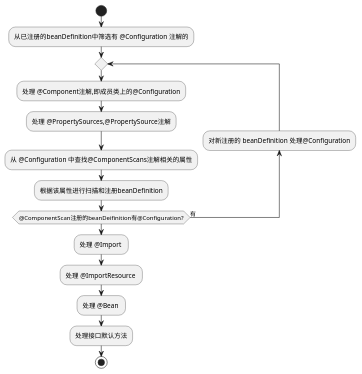
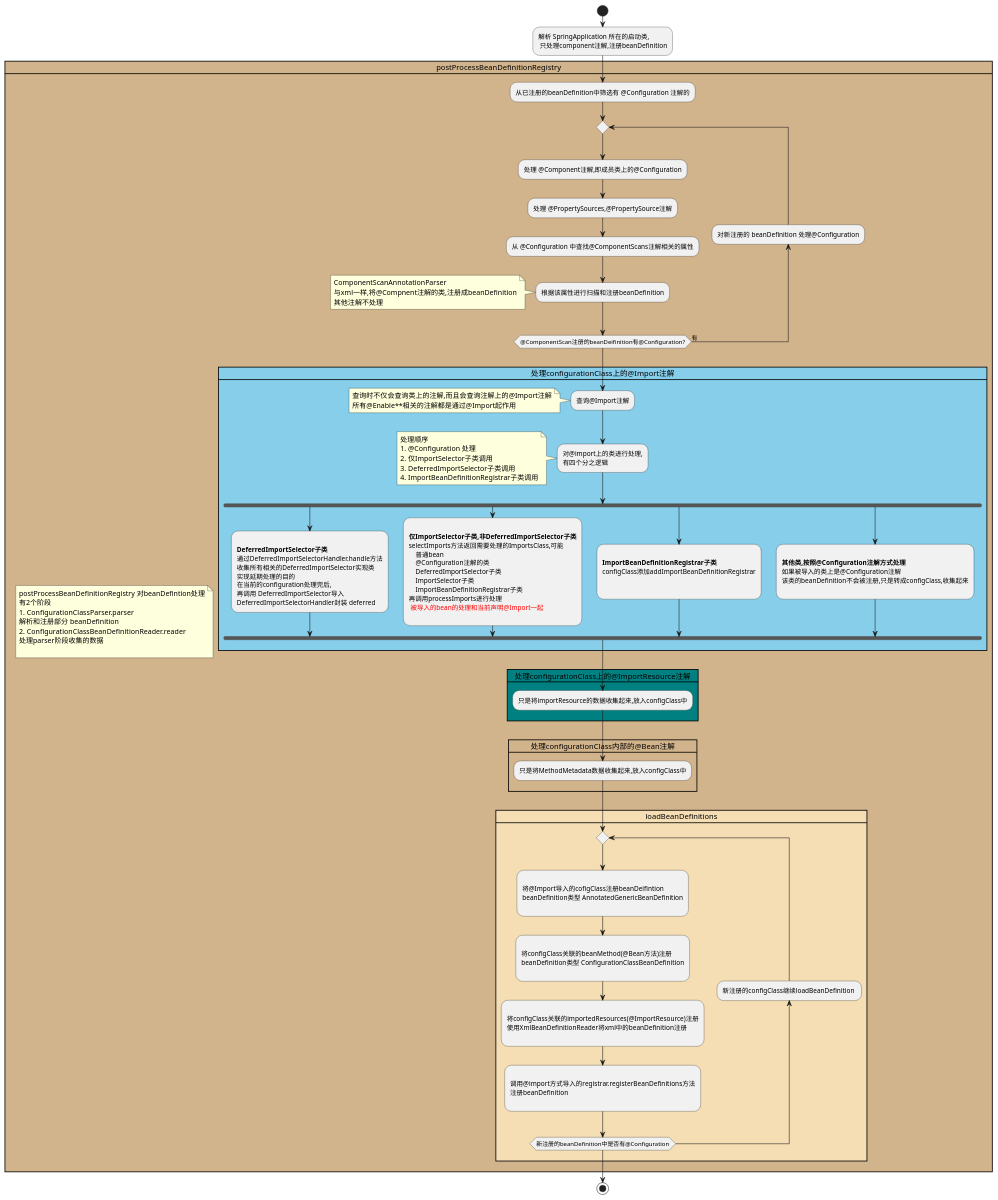
The diagram in uml/src/main/java/active/configuration_processor_activity.puml (FHJ2020/spring-uml), drawn with PlantUML before and after one commit. The commit also changed 4 other files, not shown here.

```diff
--- a/uml/src/main/java/active/configuration_processor_activity.puml
+++ b/uml/src/main/java/active/configuration_processor_activity.puml
@@ -1,22 +1,128 @@
 @startuml
 'https://plantuml.com/activity-diagram-beta
 
 start
-    :从已注册的beanDefinition中筛选有 @Configuration 注解的;
-repeat
-    :处理 @Component注解,即成员类上的@Configuration;
-    :处理 @PropertySources,@PropertySource注解;
-    :从 @Configuration 中查找@ComponentScans注解相关的属性;
-    :根据该属性进行扫描和注册beanDefinition;
-    backward:对新注册的 beanDefinition 处理@Configuration;
-repeat while (@ComponentScan注册的beanDeifinition有@Configuration?) is(有)
-    :处理 @Import ;
-    :处理 @ImportResource ;
-    :处理 @Bean ;
-    :处理接口默认方法;
+   :解析 SpringApplication 所在的启动类,
+    只处理component注解,注册beanDefinition;
+
+card postProcessBeanDefinitionRegistry #tan{
+    note
+    postProcessBeanDefinitionRegistry 对beanDefintion处理
+    有2个阶段
+    # ConfigurationClassParser.parser
+    解析和注册部分 beanDefinition
+    # ConfigurationClassBeanDefinitionReader.reader
+    处理parser阶段收集的数据
+
+    end note
+        :从已注册的beanDefinition中筛选有 @Configuration 注解的;
+    repeat
+        :处理 @Component注解,即成员类上的@Configuration;
+        :处理 @PropertySources,@PropertySource注解;
+        :从 @Configuration 中查找@ComponentScans注解相关的属性;
+        :根据该属性进行扫描和注册beanDefinition;
+        note
+        ComponentScanAnnotationParser
+        与xml一样,将@Compnent注解的类,注册成beanDefinition
+        其他注解不处理
+        end note
+
+        backward:对新注册的 beanDefinition 处理@Configuration;
+    repeat while (@ComponentScan注册的beanDeifinition有@Configuration?) is(有)
+
+
+    card  处理configurationClass上的@Import注解 #skyblue{
+        :查询@Import注解;
+        note
+        查询时不仅会查询类上的注解,而且会查询注解上的@Import注解
+        所有@Enable**相关的注解都是通过@Import起作用
+        end note
+
+        :对@import上的类进行处理,
+        有四个分之逻辑;
+        note
+            处理顺序
+            # @Configuration 处理
+            # 仅ImportSelector子类调用
+            # DeferredImportSelector子类调用
+            # ImportBeanDefinitionRegistrar子类调用
+        end note
+        fork
+            :
+            **DeferredImportSelector子类**
+            通过DeferredImportSelectorHandler.handle方法
+            收集所有相关的DeferredImportSelector实现类
+            实现延期处理的目的
+            在当前的configuration处理完后,
+            再调用 DeferredImportSelector导入
+            DeferredImportSelectorHandler封装 deferred;
+        fork again
+            :
+            **仅ImportSelector子类,非DeferredImportSelector子类**
+            selectImports方法返回需要处理的ImportsClass,可能
+                普通bean
+                @Configuration注解的类
+                DeferredImportSelector子类
+                ImportSelector子类
+                ImportBeanDefinitionRegistrar子类
+            再调用processImports进行处理
+            <color:red> 被导入的bean的处理和当前声明@Import一起
+            ;
+        fork again
+            :
+            **ImportBeanDefinitionRegistrar子类**
+            configClass添加addImportBeanDefinitionRegistrar
+
+            ;
+        fork again
+            :
+            **其他类,按照@Configuration注解方式处理**
+            如果被导入的类上是@Configuration注解
+            该类的beanDefinition不会被注册,只是转成configClass,收集起来
+            ;
+
+        end fork
+
+    }
+
+    card 处理configurationClass上的@ImportResource注解 #Teal{
+        :只是将importResource的数据收集起来,放入configClass中;
+
+    }
+    card 处理configurationClass内部的@Bean注解{
+        :只是将MethodMetadata数据收集起来,放入configClass中;
+
+    }
+    card loadBeanDefinitions #Wheat{
+     repeat
+
+        :
+        将@Import导入的cofigClass注册beanDeifintion
+        beanDefinition类型 AnnotatedGenericBeanDefinition
+        ;
+
+        :
+        将configClass关联的beanMethod(@Bean方法)注册
+        beanDefinition类型 ConfigurationClassBeanDefinition
+        ;
+
+        :
+        将configClass关联的importedResources(@ImportResource)注册
+        使用XmlBeanDefinitionReader将xml中的beanDefinition注册
+        ;
+
+        :
+        调用@import方式导入的registrar.registerBeanDefinitions方法
+        注册beanDefinition
+        ;
+
+        backward:新注册的configClass继续loadBeanDefinition ;
+        repeat while(新注册的beanDefinition中是否有@Configuration)
+    }
+}
 
 
 
 stop
 
 @enduml
```
